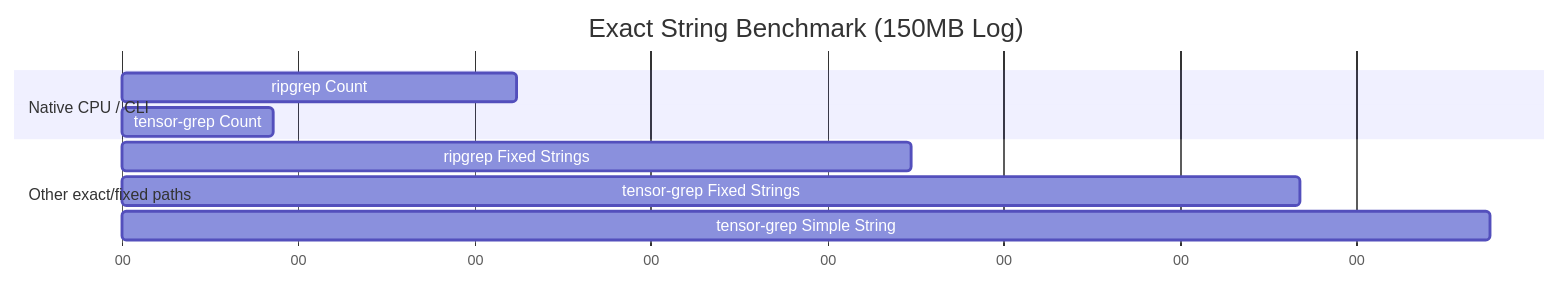
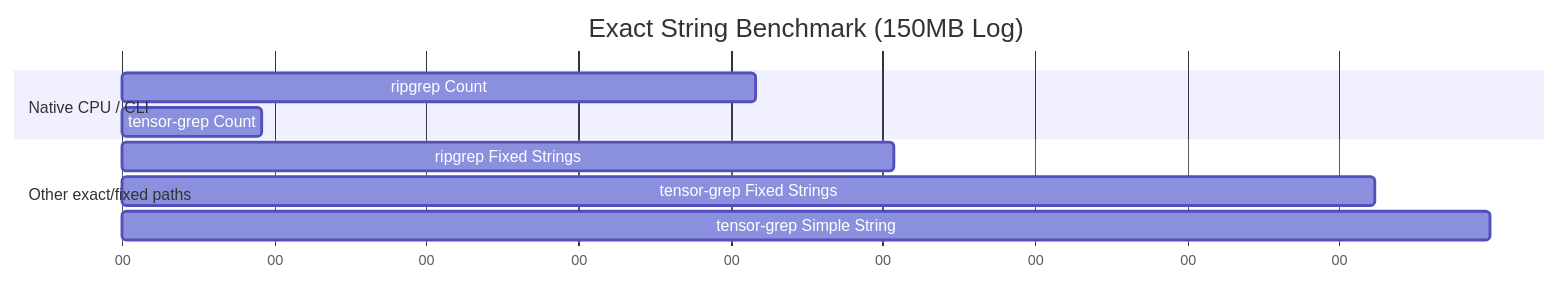
One commit to oimiragieo/tensor-grep changed the third of 3 diagrams in docs/PAPER.md. Above: the diagram before and after it, drawn with Mermaid. The commit also changed other lines of this file and 11 other files, not shown here.

````diff
--- a/docs/PAPER.md
+++ b/docs/PAPER.md
@@ -124,15 +124,15 @@
 ```mermaid
 gantt
     title Exact String Benchmark (150MB Log)
     dateFormat  s
     axisFormat %S
     
     section Native CPU / CLI
-    ripgrep Count              :a1, 0, 0.224s
-    tensor-grep Count          :a2, 0, 0.086s
+    ripgrep Count              :a1, 0, 0.416s
+    tensor-grep Count          :a2, 0, 0.092s
     
     section Other exact/fixed paths
-    ripgrep Fixed Strings      :a3, 0, 0.448s
-    tensor-grep Fixed Strings  :a4, 0, 0.668s
-    tensor-grep Simple String  :a5, 0, 0.776s
+    ripgrep Fixed Strings      :a3, 0, 0.507s
+    tensor-grep Fixed Strings  :a4, 0, 0.823s
+    tensor-grep Simple String  :a5, 0, 0.899s
 ```
````
